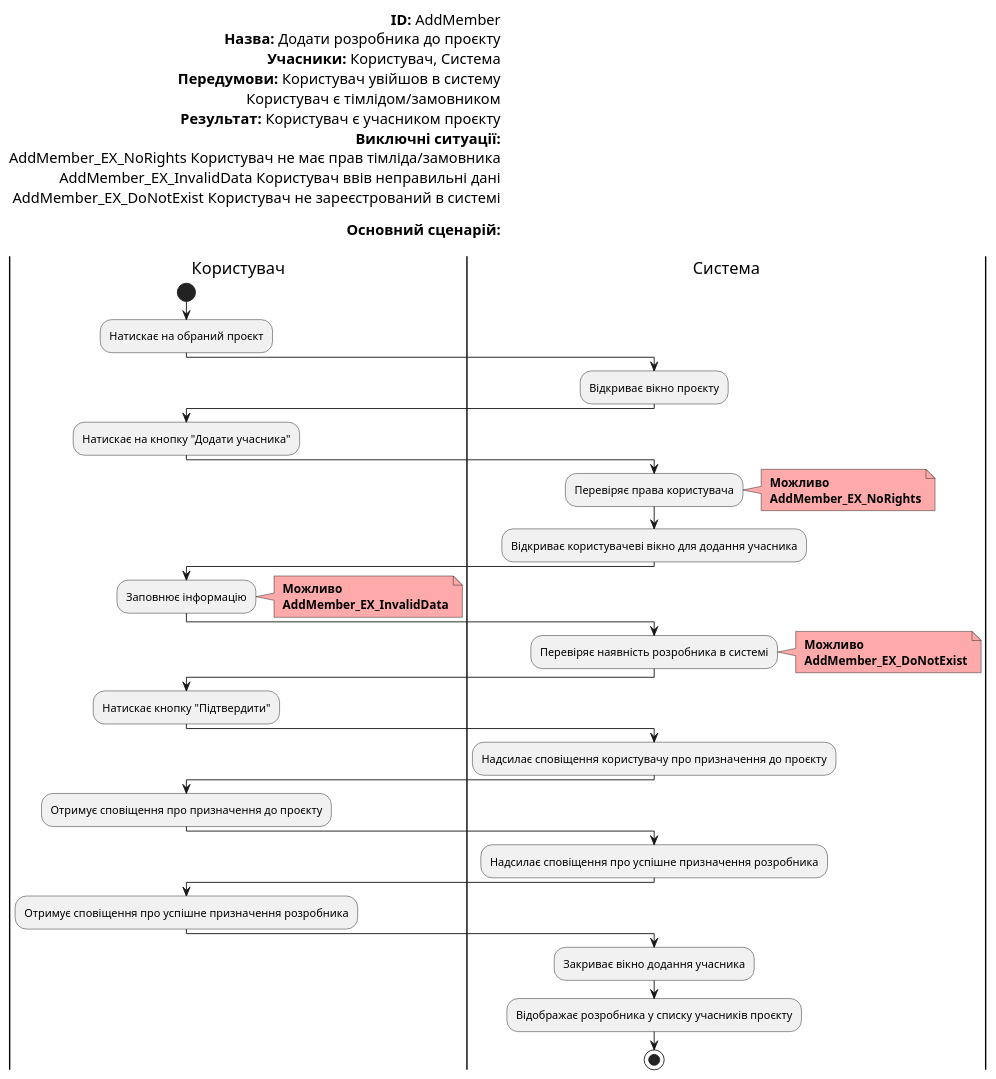
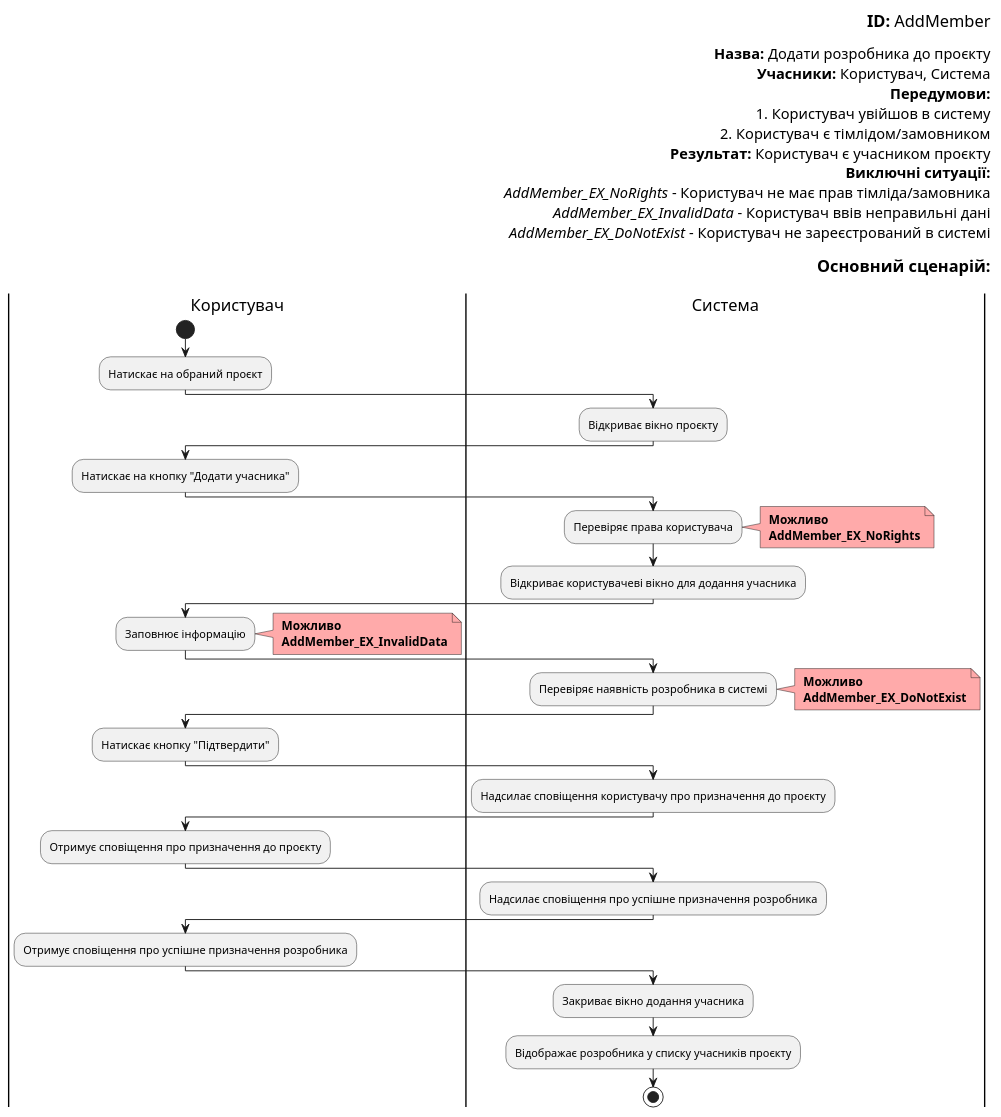
Before and after one commit to boldak/edu-db-cw: diagram 17 of 19 in docs/use cases/README.md, drawn with PlantUML. The commit also changed other lines of this file, not shown here.

```diff
--- a/docs/use cases/README.md
+++ b/docs/use cases/README.md
@@ -1017,72 +1017,74 @@
 @startuml
 
-    left header        
-        <font color=000 size=16><b>ID:</b> AddMember
+    right header        
+        <font color=000 size=18><b>ID:</b> AddMember
+
         <font color=000 size=16><b>Назва:</b> Додати розробника до проєкту
         <font color=000 size=16><b>Учасники:</b> Користувач, Система
-        <font color=000 size=16><b>Передумови:</b> Користувач увійшов в систему 
-        <font color=000 size=16> Користувач є тімлідом/замовником
+        <font color=000 size=16><b>Передумови:</b> 
+        <font color=000 size=16>1. Користувач увійшов в систему 
+        <font color=000 size=16> 2. Користувач є тімлідом/замовником
         <font color=000 size=16><b>Результат:</b> Користувач є учасником проєкту
         <font color=000 size=16><b>Виключні ситуації:</b>
-        <font color=000 size=16> AddMember_EX_NoRights Користувач не має прав тімліда/замовника
-        <font color=000 size=16> AddMember_EX_InvalidData Користувач ввів неправильні дані
-        <font color=000 size=16> AddMember_EX_DoNotExist Користувач не зареєстрований в системі
+        <font color=000 size=16><i>AddMember_EX_NoRights</i> - Користувач не має прав тімліда/замовника
+        <font color=000 size=16><i>AddMember_EX_InvalidData</i> - Користувач ввів неправильні дані
+        <font color=000 size=16><i>AddMember_EX_DoNotExist</i> - Користувач не зареєстрований в системі
         
-        <font color=000 size=16><b>Основний сценарій:</b>
+        <font color=000 size=18><b>Основний сценарій:</b>
         
     end header
 
     |Користувач|
         start;
         :Натискає на обраний проєкт;
 
     |Система|
         :Відкриває вікно проєкту;
 
     |Користувач|
         :Натискає на кнопку "Додати учасника";
         
     |Система|
         :Перевіряє права користувача;
         note right #ffaaaa
         <b> Можливо
         <b> AddMember_EX_NoRights
         end note
 
         :Відкриває користувачеві вікно для додання учасника;
 
     |Користувач|
         :Заповнює інформацію;
         note right #ffaaaa
         <b> Можливо
         <b> AddMember_EX_InvalidData
         end note
 
     |Система|
         :Перевіряє наявність розробника в системі;
         note right #ffaaaa
         <b> Можливо
         <b> AddMember_EX_DoNotExist
         end note
 
     |Користувач|
         :Натискає кнопку "Підтвердити";
 
     |Система|
         :Надсилає сповіщення користувачу про призначення до проєкту;
 
     |Користувач|
         :Отримує сповіщення про призначення до проєкту;
 
     |Система|
         :Надсилає сповіщення про успішне призначення розробника;
 
     |Користувач|
         :Отримує сповіщення про успішне призначення розробника;
 
     |Система|
         :Закриває вікно додання учасника;
         :Відображає розробника у списку учасників проєкту;
         stop;
 
 @enduml
```
